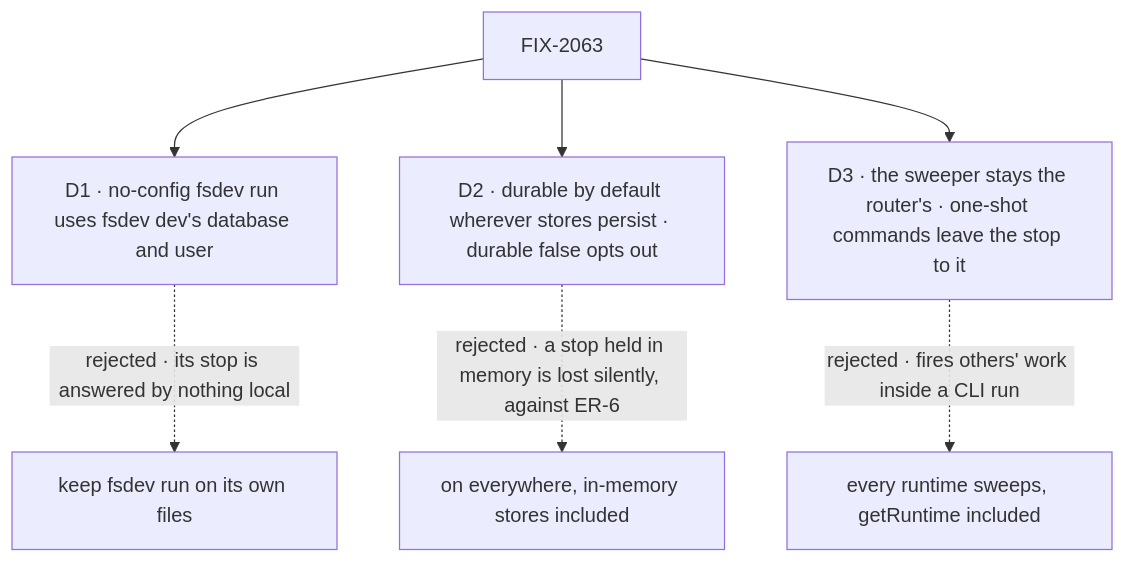
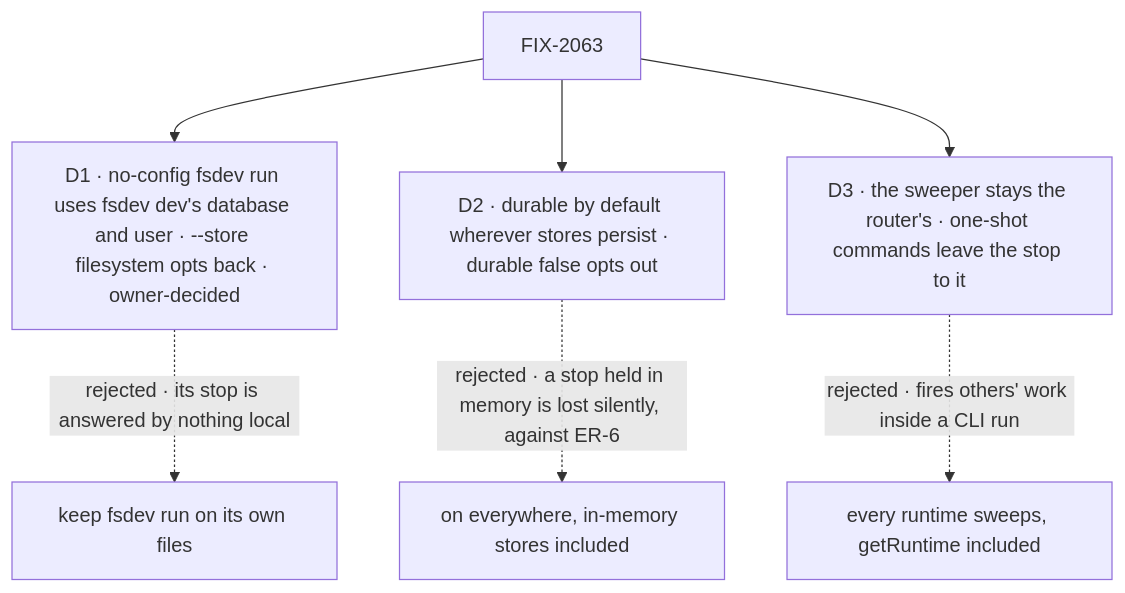
Before and after one commit to fixpoint-labs/flow-state-dev: the diagram in specs/issues/FIX-2063/DECISIONS.md, drawn with Mermaid. The commit also changed other lines of this file and 1 other file, not shown here.

First line of the commit message:
spec(FIX-2063): fold owner decisions on D1 and FIX-2137

````diff
--- a/specs/issues/FIX-2063/DECISIONS.md
+++ b/specs/issues/FIX-2063/DECISIONS.md
@@ -9,9 +9,9 @@
 ```mermaid
 flowchart TD
-  I["FIX-2063"] --> D1["D1 · no-config fsdev run uses fsdev dev's database and user"]
+  I["FIX-2063"] --> D1["D1 · no-config fsdev run uses fsdev dev's database and user · --store filesystem opts back · owner-decided"]
   D1 -.->|"rejected · its stop is answered by nothing local"| X1["keep fsdev run on its own files"]
   I --> D2["D2 · durable by default wherever stores persist · durable false opts out"]
   D2 -.->|"rejected · a stop held in memory is lost silently, against ER-6"| X2["on everywhere, in-memory stores included"]
   I --> D3["D3 · the sweeper stays the router's · one-shot commands leave the stop to it"]
   D3 -.->|"rejected · fires others' work inside a CLI run"| X3["every runtime sweeps, getRuntime included"]
 ```
````
